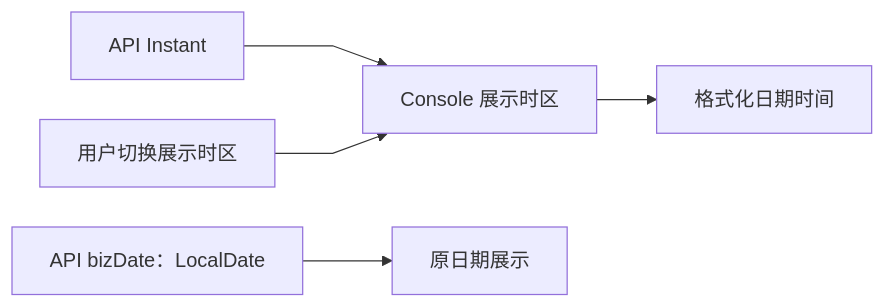
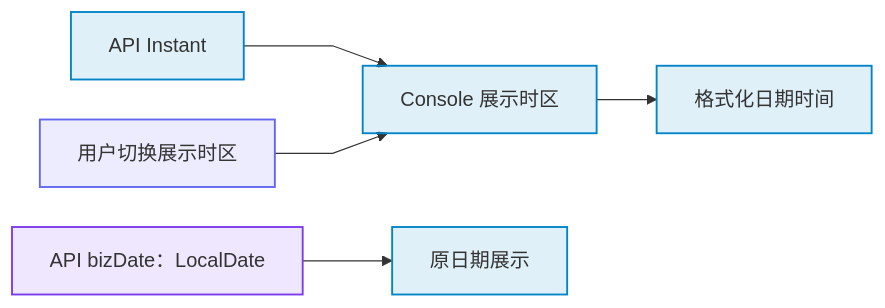
Before and after one commit to pinpols/file-batch-system: the fourth of 4 diagrams in docs/design/time-date-semantics.md, drawn with Mermaid. The commit also changed other lines of this file and 34 other files, not shown here.

First line of the commit message:
docs(diagram): 完成 P3 Mermaid 图样式收口并补充制图规范 (#1390)

````diff
--- a/docs/design/time-date-semantics.md
+++ b/docs/design/time-date-semantics.md
@@ -115,8 +120,12 @@
 ```mermaid
 %%{init: {"flowchart":{"curve":"linear","nodeSpacing":32,"rankSpacing":48},"sequence":{"mirrorActors":false}}}%%
 flowchart LR
-  I[API Instant] --> Z[Console 展示时区]
-  Z --> T[格式化日期时间]
-  U[用户切换展示时区] --> Z
-  D[API bizDate：LocalDate] --> B[原日期展示]
+  I[API Instant]:::control --> Z[Console 展示时区]:::control
+  Z --> T[格式化日期时间]:::control
+  U[用户切换展示时区]:::entry --> Z
+  D[API bizDate：LocalDate]:::store --> B[原日期展示]:::control
+
+  classDef entry fill:#6366f11f,stroke:#6366f1,stroke-width:1.5px
+  classDef control fill:#0284c71f,stroke:#0284c7,stroke-width:1.5px
+  classDef store fill:#7c3aed1f,stroke:#7c3aed,stroke-width:1.5px
 ```
````
